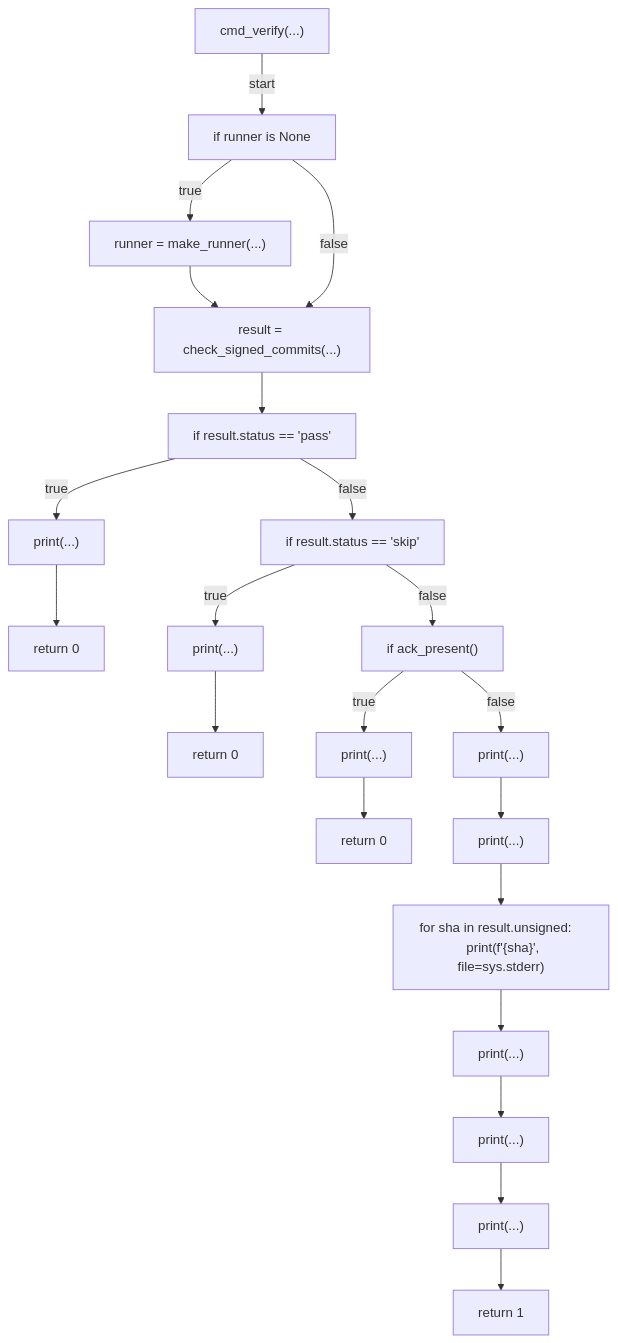
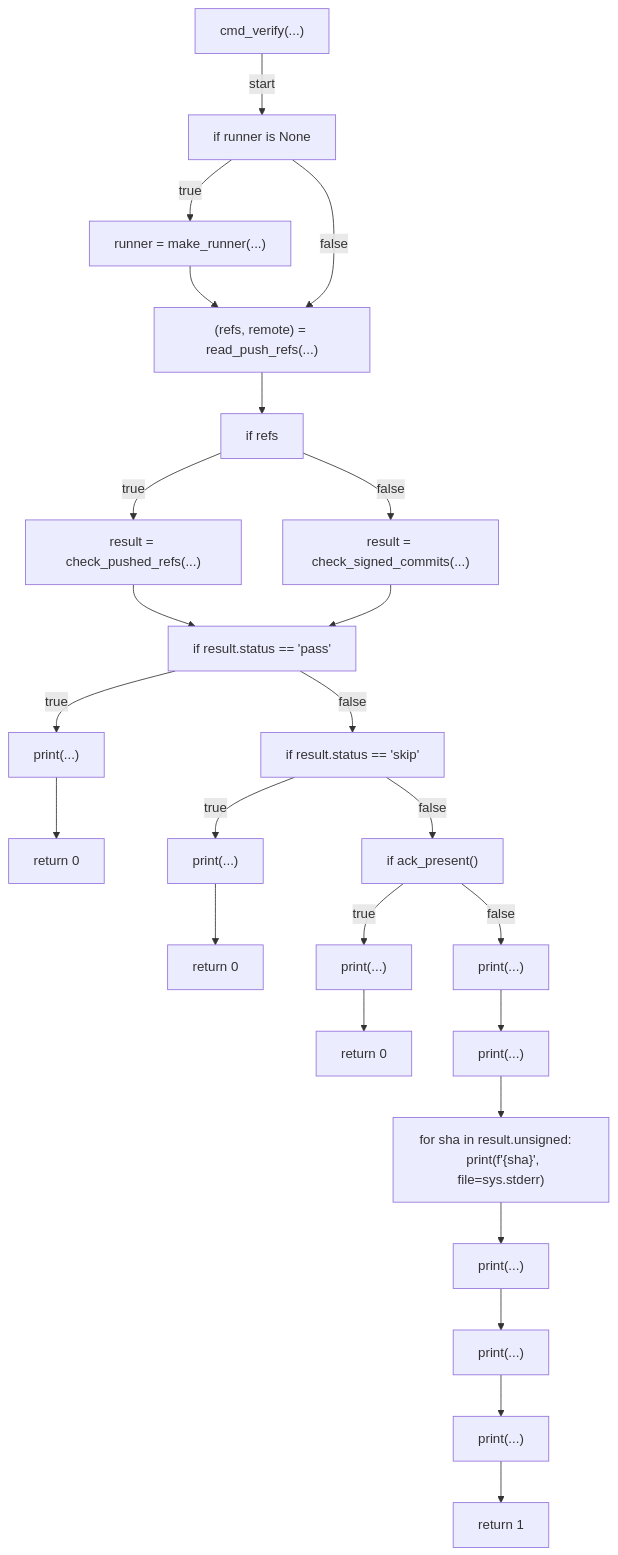
The eighth of 9 diagrams in docs/generated/scripts/ast/preflight_signed_commits.md (tvna/claude-md), drawn with Mermaid before and after one commit. The commit also changed other lines of this file and 3 other files, not shown here.

First line of the commit message:
docs(generated): regenerate decision tree and workflow diagrams

````diff
--- a/docs/generated/scripts/ast/preflight_signed_commits.md
+++ b/docs/generated/scripts/ast/preflight_signed_commits.md
@@ -67,43 +124,50 @@
 ```mermaid
 flowchart TD
     N001["cmd_verify(...)"]
     N002["if runner is None"]
     N003["runner = make_runner(...)"]
-    N004["result = check_signed_commits(...)"]
-    N005["if result.status == 'pass'"]
-    N006["print(...)"]
-    N007["return 0"]
-    N008["if result.status == 'skip'"]
+    N004["(refs, remote) = read_push_refs(...)"]
+    N005["if refs"]
+    N006["result = check_pushed_refs(...)"]
+    N007["result = check_signed_commits(...)"]
+    N008["if result.status == 'pass'"]
     N009["print(...)"]
     N010["return 0"]
-    N011["if ack_present()"]
+    N011["if result.status == 'skip'"]
     N012["print(...)"]
     N013["return 0"]
-    N014["print(...)"]
+    N014["if ack_present()"]
     N015["print(...)"]
-    N016["for sha in result.unsigned:     print(f'<str>{sha}', file=sys.stderr)"]
+    N016["return 0"]
     N017["print(...)"]
     N018["print(...)"]
-    N019["print(...)"]
-    N020["return 1"]
+    N019["for sha in result.unsigned:     print(f'<str>{sha}', file=sys.stderr)"]
+    N020["print(...)"]
+    N021["print(...)"]
+    N022["print(...)"]
+    N023["return 1"]
     N001 -->|"start"| N002
     N002 -->|"true"| N003
     N003 --> N004
     N002 -->|"false"| N004
     N004 --> N005
     N005 -->|"true"| N006
-    N006 --> N007
-    N005 -->|"false"| N008
+    N005 -->|"false"| N007
+    N006 --> N008
+    N007 --> N008
     N008 -->|"true"| N009
     N009 --> N010
     N008 -->|"false"| N011
     N011 -->|"true"| N012
     N012 --> N013
     N011 -->|"false"| N014
-    N014 --> N015
+    N014 -->|"true"| N015
     N015 --> N016
-    N016 --> N017
+    N014 -->|"false"| N017
     N017 --> N018
     N018 --> N019
     N019 --> N020
+    N020 --> N021
+    N021 --> N022
+    N022 --> N023
 ```
````
